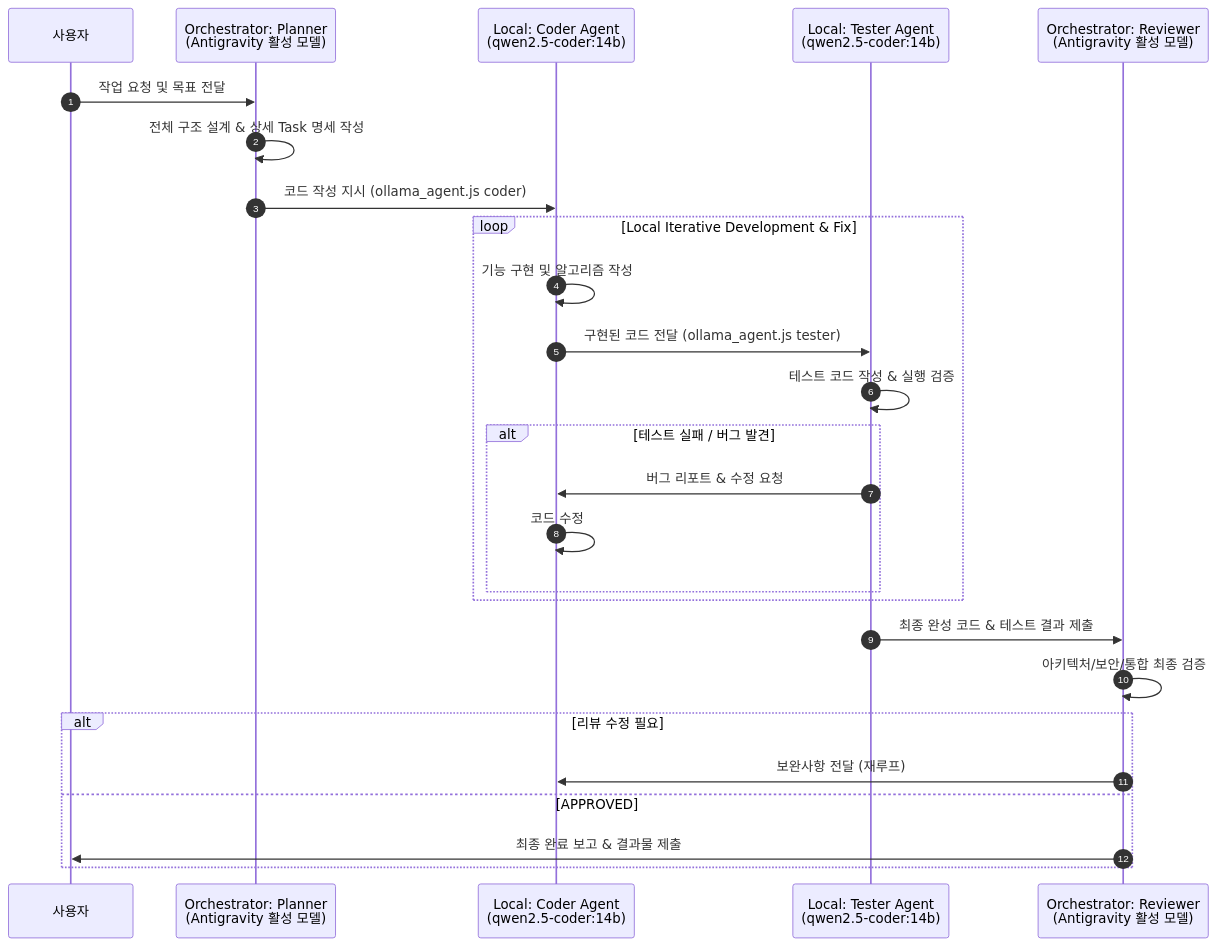
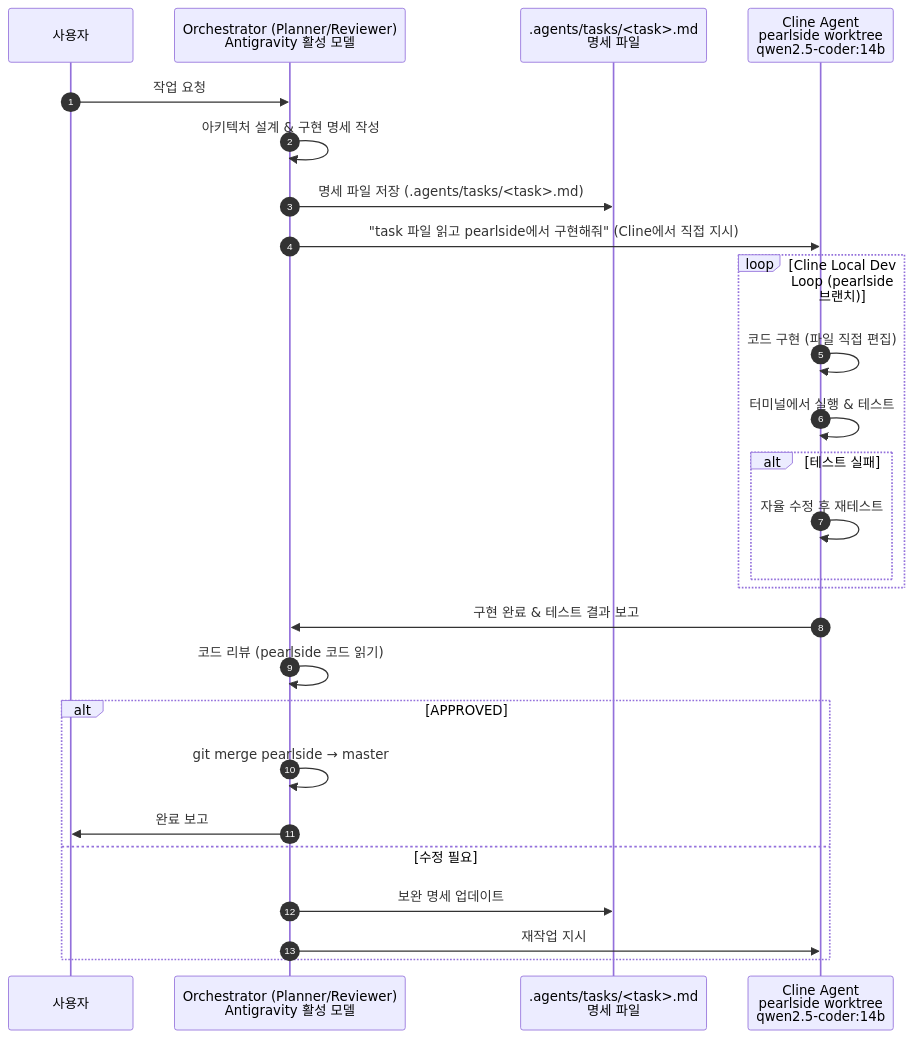
Before and after one commit to Younseob/my_stock_auto: the diagram in AGENTS.md, drawn with Mermaid. The commit also changed other lines of this file and 3 other files, not shown here.

Commit message:
chore: switch to Cline pearlside worktree workflow, add task template, deprecate ollama_agent.js

````diff
--- a/AGENTS.md
+++ b/AGENTS.md
@@ -26,31 +41,31 @@
 ```mermaid
 sequenceDiagram
     autonumber
     participant User as 사용자
-    participant Planner as Orchestrator: Planner<br/>(Antigravity 활성 모델)
-    participant Coder as Local: Coder Agent<br/>(qwen2.5-coder:14b)
-    participant Tester as Local: Tester Agent<br/>(qwen2.5-coder:14b)
-    participant Reviewer as Orchestrator: Reviewer<br/>(Antigravity 활성 모델)
+    participant Orch as Orchestrator (Planner/Reviewer)<br/>Antigravity 활성 모델
+    participant Task as .agents/tasks/<task>.md<br/>명세 파일
+    participant Cline as Cline Agent<br/>pearlside worktree<br/>qwen2.5-coder:14b
 
-    User->>Planner: 작업 요청 및 목표 전달
-    Planner->>Planner: 전체 구조 설계 & 상세 Task 명세 작성
-    Planner->>Coder: 코드 작성 지시 (ollama_agent.js coder)
+    User->>Orch: 작업 요청
+    Orch->>Orch: 아키텍처 설계 & 구현 명세 작성
+    Orch->>Task: 명세 파일 저장 (.agents/tasks/<task>.md)
+    Orch->>Cline: "task 파일 읽고 pearlside에서 구현해줘" (Cline에서 직접 지시)
 
-    loop Local Iterative Development & Fix
-        Coder->>Coder: 기능 구현 및 알고리즘 작성
-        Coder->>Tester: 구현된 코드 전달 (ollama_agent.js tester)
-        Tester->>Tester: 테스트 코드 작성 & 실행 검증
-        alt 테스트 실패 / 버그 발견
-            Tester->>Coder: 버그 리포트 & 수정 요청
-            Coder->>Coder: 코드 수정
+    loop Cline Local Dev Loop (pearlside 브랜치)
+        Cline->>Cline: 코드 구현 (파일 직접 편집)
+        Cline->>Cline: 터미널에서 실행 & 테스트
+        alt 테스트 실패
+            Cline->>Cline: 자율 수정 후 재테스트
         end
     end
 
-    Tester->>Reviewer: 최종 완성 코드 & 테스트 결과 제출
-    Reviewer->>Reviewer: 아키텍처/보안/통합 최종 검증
-    alt 리뷰 수정 필요
-        Reviewer->>Coder: 보완사항 전달 (재루프)
-    else APPROVED
-        Reviewer->>User: 최종 완료 보고 & 결과물 제출
+    Cline->>Orch: 구현 완료 & 테스트 결과 보고
+    Orch->>Orch: 코드 리뷰 (pearlside 코드 읽기)
+    alt APPROVED
+        Orch->>Orch: git merge pearlside → master
+        Orch->>User: 완료 보고
+    else 수정 필요
+        Orch->>Task: 보완 명세 업데이트
+        Orch->>Cline: 재작업 지시
     end
 ```
````
